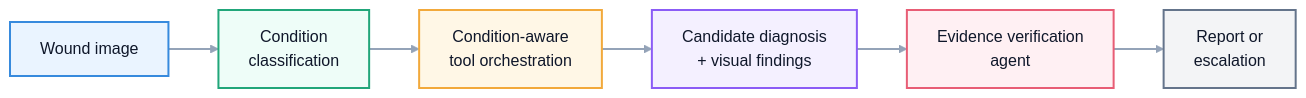
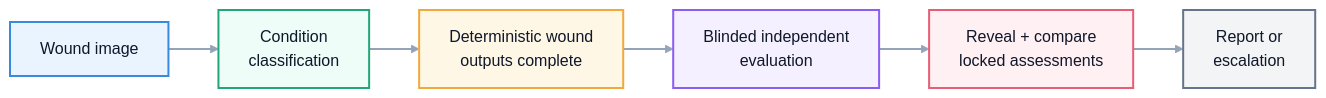
The first of 2 diagrams in README.md (jxia622/WoundMind), drawn with Mermaid (neutral theme) before and after one commit. The commit also changed other lines of this file and 38 other files, not shown here.

Commit message:
Add blinded LangGraph evaluation layer

````diff
--- a/README.md
+++ b/README.md
@@ -36,19 +36,19 @@
 ```mermaid
 flowchart LR
     A["Wound image"]:::input
     B["Condition<br/>classification"]:::model
-    C["Condition-aware<br/>tool orchestration"]:::agent
-    D["Candidate diagnosis<br/>+ visual findings"]:::finding
-    E["Evidence verification<br/>agent"]:::verify
+    C["Deterministic wound<br/>outputs complete"]:::agent
+    D["Blinded independent<br/>evaluation"]:::finding
+    E["Reveal + compare<br/>locked assessments"]:::verify
     F["Report or<br/>escalation"]:::output
 
     A --> B --> C --> D --> E --> F
 
     classDef input fill:#eaf4ff,stroke:#378add,stroke-width:2px,color:#0f172a;
     classDef model fill:#eefdf8,stroke:#21a67a,stroke-width:2px,color:#0f172a;
     classDef agent fill:#fff7e6,stroke:#f2a93b,stroke-width:2px,color:#0f172a;
     classDef finding fill:#f4f0ff,stroke:#8b5cf6,stroke-width:2px,color:#0f172a;
     classDef verify fill:#fff0f3,stroke:#e85d75,stroke-width:2px,color:#0f172a;
     classDef output fill:#f3f4f6,stroke:#64748b,stroke-width:2px,color:#0f172a;
     linkStyle 0,1,2,3,4 stroke:#94a3b8,stroke-width:2px;
 ```
````
